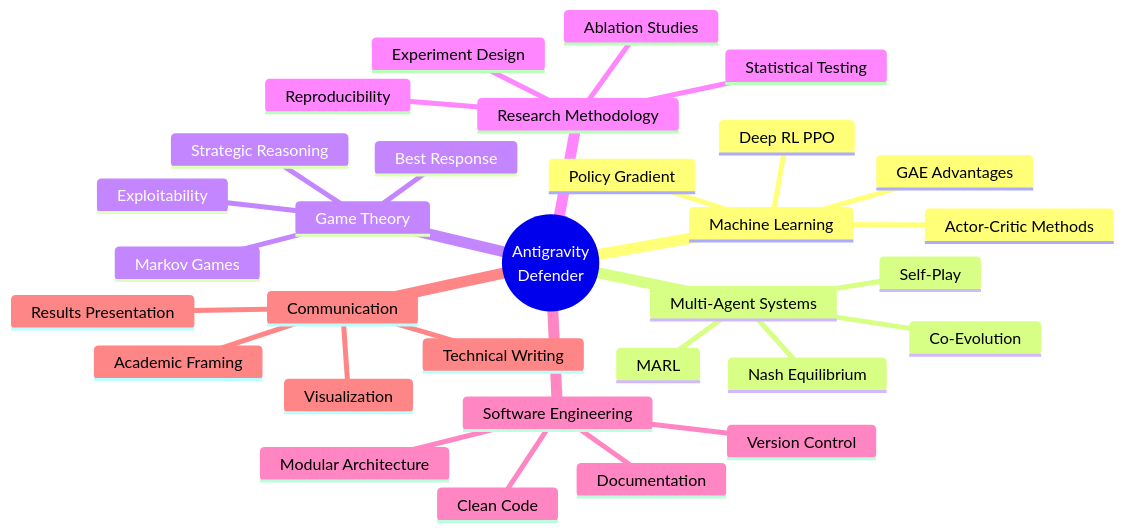
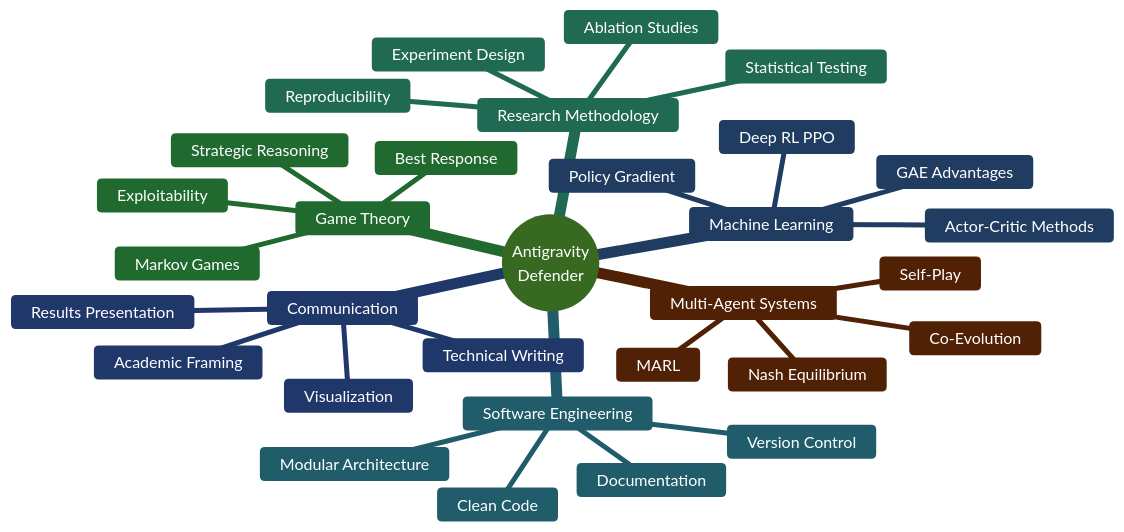
Diagram 14 of 14 in README.md (HelloCol2/markov-fraud-antigravity), drawn with Mermaid before and after one commit. The commit also changed other lines of this file, not shown here.

````diff
--- a/README.md
+++ b/README.md
@@ -909,34 +911,35 @@
 ```mermaid
+%%{init: {'theme':'base', 'themeVariables': { 'primaryColor':'#6cc644', 'primaryTextColor':'#fff', 'primaryBorderColor':'#333', 'lineColor':'#333', 'secondaryColor':'#4078c0', 'secondaryTextColor':'#fff', 'tertiaryColor':'#c9510c', 'tertiaryTextColor':'#fff'}}}%%
 mindmap
   root((Antigravity<br/>Defender))
     Machine Learning
       Deep RL PPO
       Actor-Critic Methods
       Policy Gradient
       GAE Advantages
     Multi-Agent Systems
       MARL
       Self-Play
       Co-Evolution
       Nash Equilibrium
     Game Theory
       Markov Games
       Best Response
       Exploitability
       Strategic Reasoning
     Research Methodology
       Experiment Design
       Ablation Studies
       Statistical Testing
       Reproducibility
     Software Engineering
       Modular Architecture
       Clean Code
       Documentation
       Version Control
     Communication
       Technical Writing
       Visualization
       Academic Framing
       Results Presentation
 ```
````
